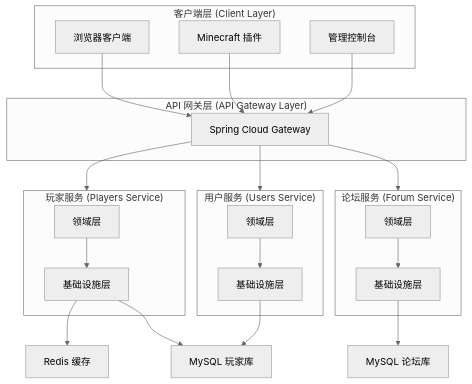
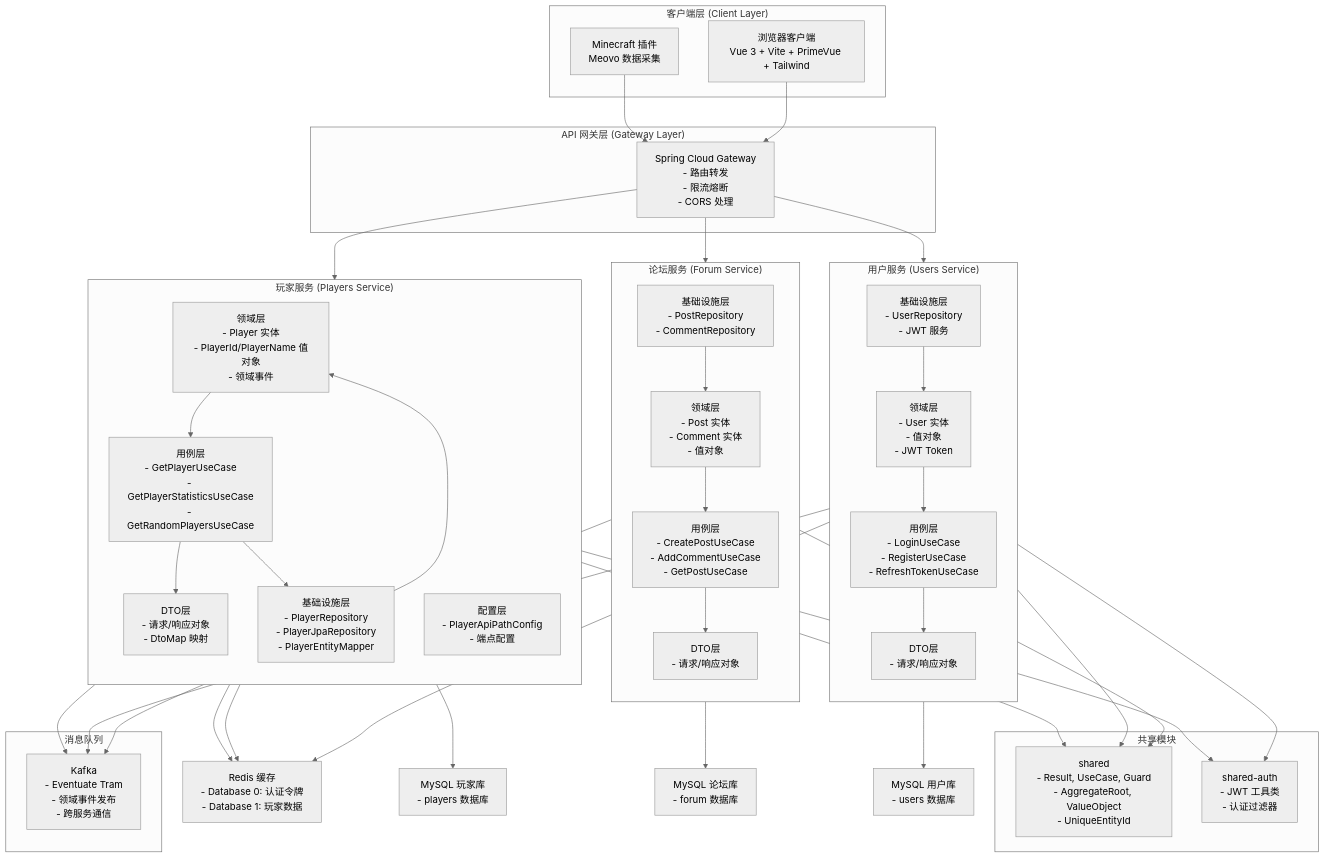
The diagram in document/diagrams/总体架构图.mermaid (YaeSaraki/Wofuf), drawn with Mermaid (neutral theme) before and after one commit. The commit also changed 47 other files, not shown here.

```diff
--- a/document/diagrams/总体架构图.mermaid
+++ b/document/diagrams/总体架构图.mermaid
@@ -1,47 +1,94 @@
+%% Wofuf 总体架构图
+%% 基于 Domain-Driven Design (DDD) 微服务架构
+
 flowchart TB
 %% ===== Client Layer =====
     subgraph CL["客户端层 (Client Layer)"]
-        Browser["浏览器客户端"]
-        MCPlugin["Minecraft 插件"]
-        Admin["管理控制台"]
+        Browser["浏览器客户端\nVue 3 + Vite + PrimeVue + Tailwind"]
+        MCPlugin["Minecraft 插件\nMeovo 数据采集"]
     end
 
 %% ===== API Gateway =====
-    subgraph GW["API 网关层 (API Gateway Layer)"]
-        Gateway["Spring Cloud Gateway"]
+    subgraph GW["API 网关层 (Gateway Layer)"]
+        Gateway["Spring Cloud Gateway\n- 路由转发\n- 限流熔断\n- CORS 处理"]
     end
 
-%% ===== Services =====
+%% ===== Backend Services (DDD) =====
     subgraph PS["玩家服务 (Players Service)"]
-        PS_Domain["领域层"]
-        PS_Infra["基础设施层"]
+        direction TB
+        PS_Domain["领域层\n- Player 实体\n- PlayerId/PlayerName 值对象\n- 领域事件"]
+        PS_UseCases["用例层\n- GetPlayerUseCase\n- GetPlayerStatisticsUseCase\n- GetRandomPlayersUseCase"]
+        PS_Infra["基础设施层\n- PlayerRepository\n- PlayerJpaRepository\n- PlayerEntityMapper"]
+        PS_DTOs["DTO层\n- 请求/响应对象\n- DtoMap 映射"]
+        PS_Config["配置层\n- PlayerApiPathConfig\n- 端点配置"]
+        
+        PS_Domain --> PS_UseCases
+        PS_UseCases --> PS_DTOs
+        PS_Infra --> PS_Domain
+        PS_UseCases --> PS_Infra
     end
 
     subgraph US["用户服务 (Users Service)"]
-        US_Domain["领域层"]
-        US_Infra["基础设施层"]
+        direction TB
+        US_Domain["领域层\n- User 实体\n- 值对象\n- JWT Token"]
+        US_UseCases["用例层\n- LoginUseCase\n- RegisterUseCase\n- RefreshTokenUseCase"]
+        US_Infra["基础设施层\n- UserRepository\n- JWT 服务"]
+        US_DTOs["DTO层\n- 请求/响应对象"]
+        
+        US_Domain --> US_UseCases
+        US_UseCases --> US_DTOs
+        US_Infra --> US_Domain
     end
 
     subgraph FS["论坛服务 (Forum Service)"]
-        FS_Domain["领域层"]
-        FS_Infra["基础设施层"]
+        direction TB
+        FS_Domain["领域层\n- Post 实体\n- Comment 实体\n- 值对象"]
+        FS_UseCases["用例层\n- CreatePostUseCase\n- AddCommentUseCase\n- GetPostUseCase"]
+        FS_Infra["基础设施层\n- PostRepository\n- CommentRepository"]
+        FS_DTOs["DTO层\n- 请求/响应对象"]
+        
+        FS_Domain --> FS_UseCases
+        FS_UseCases --> FS_DTOs
+        FS_Infra --> FS_Domain
+    end
+
+%% ===== Shared Modules =====
+    subgraph Shared["共享模块"]
+        SharedCore["shared\n- Result, UseCase, Guard\n- AggregateRoot, ValueObject\n- UniqueEntityId"]
+        SharedAuth["shared-auth\n- JWT 工具类\n- 认证过滤器"]
     end
 
 %% ===== Infrastructure =====
-    Redis["Redis 缓存"]
-    MySQL_Player["MySQL 玩家库"]
-    MySQL_Forum["MySQL 论坛库"]
+    subgraph MQ["消息队列"]
+        Kafka["Kafka\n- Eventuate Tram\n- 领域事件发布\n- 跨服务通信"]
+    end
+
+    Redis["Redis 缓存\n- Database 0: 认证令牌\n- Database 1: 玩家数据"]
+    MySQL_Player["MySQL 玩家库\n- players 数据库"]
+    MySQL_Forum["MySQL 论坛库\n- forum 数据库"]
+    MySQL_User["MySQL 用户库\n- users 数据库"]
+
 %% ===== Connections =====
     Browser --> Gateway
     MCPlugin --> Gateway
-    Admin --> Gateway
     Gateway --> PS
     Gateway --> US
     Gateway --> FS
-    PS_Domain --> PS_Infra
+    
+    PS_UseCases --> Redis
     PS_Infra --> Redis
     PS_Infra --> MySQL_Player
-    US_Domain --> US_Infra
-    US_Infra --> MySQL_Player
-    FS_Domain --> FS_Infra
+    PS_Infra --> Kafka
+    
+    US_Infra --> Redis
+    US_Infra --> MySQL_User
+    US_Infra --> Kafka
+    
     FS_Infra --> MySQL_Forum
+    FS_Infra --> Kafka
+    
+    PS --> SharedCore
+    PS --> SharedAuth
+    US --> SharedCore
+    US --> SharedAuth
+    FS --> SharedCore
```
